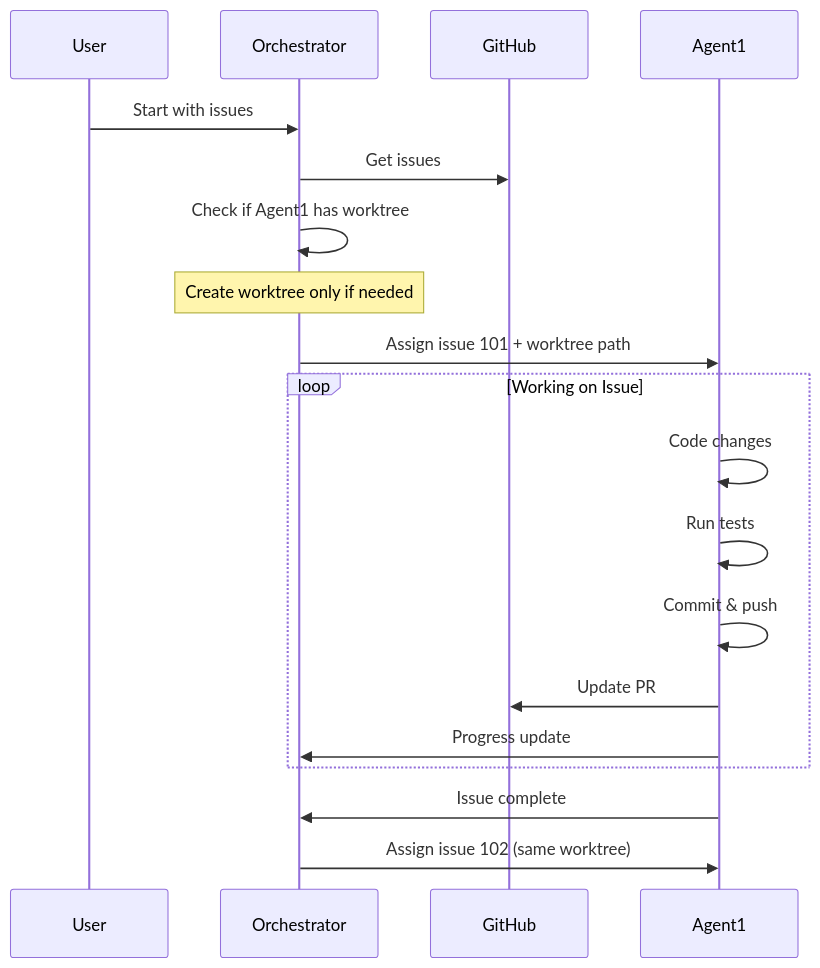
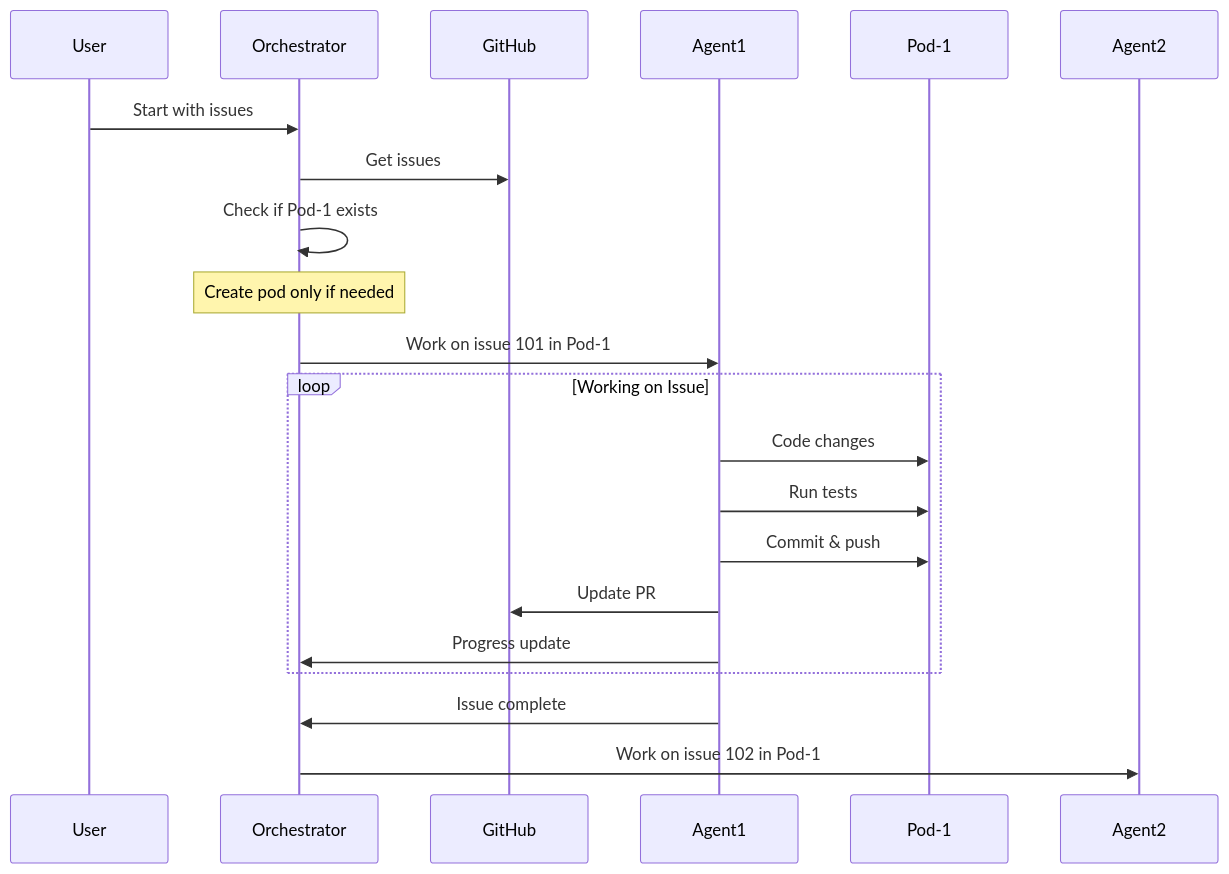
Before and after one commit to AeyeOps/prompt-packs: the third of 9 diagrams in mawep/framework/mawep-diagrams.md, drawn with Mermaid. The commit also changed other lines of this file and 9 other files, not shown here.

First line of the commit message:
refactor: Update MAWEP documentation from agent-centric to pod-centric terminology

````diff
--- a/mawep/framework/mawep-diagrams.md
+++ b/mawep/framework/mawep-diagrams.md
@@ -49,19 +49,19 @@
 ```mermaid
 sequenceDiagram
     User->>Orchestrator: Start with issues
     Orchestrator->>GitHub: Get issues
-    Orchestrator->>Orchestrator: Check if Agent1 has worktree
-    Note over Orchestrator: Create worktree only if needed
-    Orchestrator->>Agent1: Assign issue 101 + worktree path
+    Orchestrator->>Orchestrator: Check if Pod-1 exists
+    Note over Orchestrator: Create pod only if needed
+    Orchestrator->>Agent1: Work on issue 101 in Pod-1
     
     loop Working on Issue
-        Agent1->>Agent1: Code changes
-        Agent1->>Agent1: Run tests
-        Agent1->>Agent1: Commit & push
+        Agent1->>Pod-1: Code changes
+        Agent1->>Pod-1: Run tests
+        Agent1->>Pod-1: Commit & push
         Agent1->>GitHub: Update PR
         Agent1->>Orchestrator: Progress update
     end
     
     Agent1->>Orchestrator: Issue complete
-    Orchestrator->>Agent1: Assign issue 102 (same worktree)
+    Orchestrator->>Agent2: Work on issue 102 in Pod-1
 ```
````
